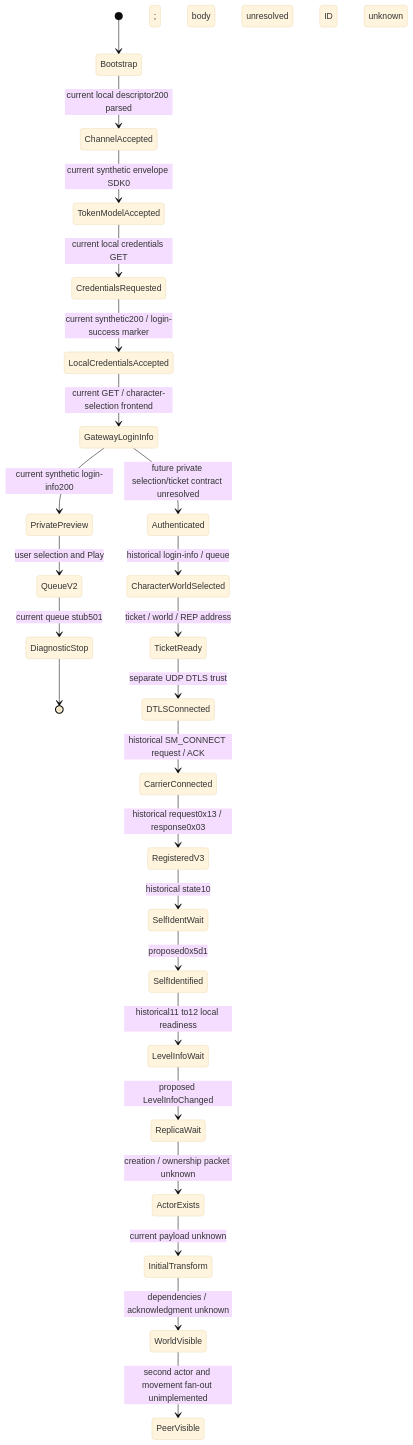
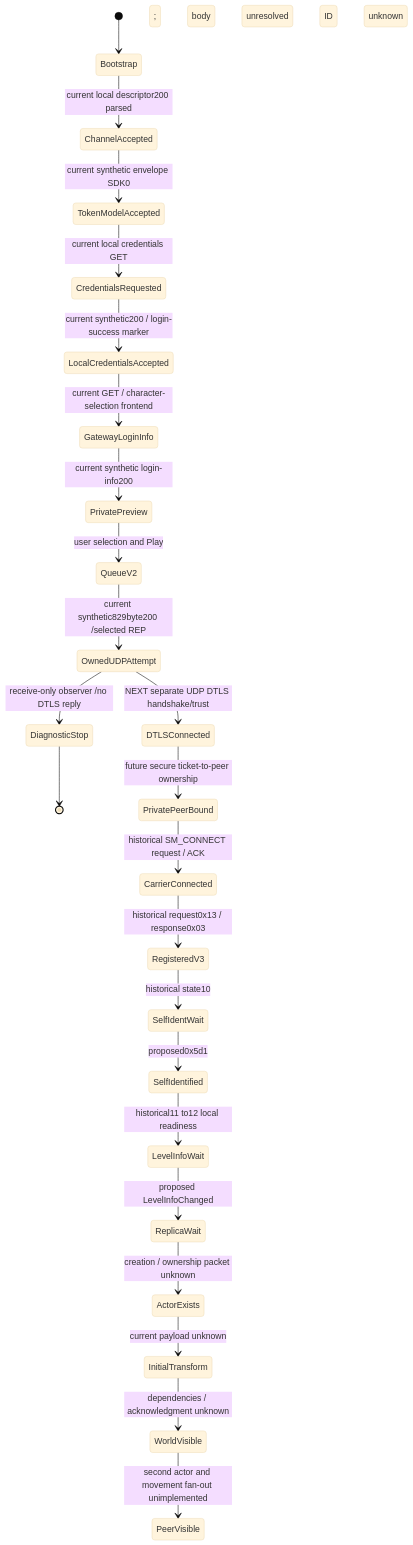
Before and after one commit to AScriver/NewWorldPreservation: the diagram in docs/SPAWN_SEQUENCE.md, drawn with Mermaid (base theme). The commit also changed other lines of this file and 21 other files, not shown here.

Commit message:
Prove current-client private queue-to-DTLS endpoint handoff

````diff
--- a/docs/SPAWN_SEQUENCE.md
+++ b/docs/SPAWN_SEQUENCE.md
@@ -15,27 +15,26 @@
 ```mermaid
 stateDiagram-v2
     [*] --> Bootstrap
     Bootstrap --> ChannelAccepted: current local descriptor200 parsed
     ChannelAccepted --> TokenModelAccepted: current synthetic envelope SDK0
     TokenModelAccepted --> CredentialsRequested: current local credentials GET
     CredentialsRequested --> LocalCredentialsAccepted: current synthetic200 / login-success marker
     LocalCredentialsAccepted --> GatewayLoginInfo: current GET / character-selection frontend
     GatewayLoginInfo --> PrivatePreview: current synthetic login-info200
     PrivatePreview --> QueueV2: user selection and Play
-    QueueV2 --> DiagnosticStop: current queue stub501
+    QueueV2 --> OwnedUDPAttempt: current synthetic829byte200 /selected REP
+    OwnedUDPAttempt --> DiagnosticStop: receive-only observer /no DTLS reply
     DiagnosticStop --> [*]
-    GatewayLoginInfo --> Authenticated: future private selection/ticket contract unresolved
-    Authenticated --> CharacterWorldSelected: historical login-info / queue
-    CharacterWorldSelected --> TicketReady: ticket / world / REP address
-    TicketReady --> DTLSConnected: separate UDP DTLS trust
-    DTLSConnected --> CarrierConnected: historical SM_CONNECT request / ACK
+    OwnedUDPAttempt --> DTLSConnected: NEXT separate UDP DTLS handshake/trust
+    DTLSConnected --> PrivatePeerBound: future secure ticket-to-peer ownership
+    PrivatePeerBound --> CarrierConnected: historical SM_CONNECT request / ACK
     CarrierConnected --> RegisteredV3: historical request0x13 / response0x03
     RegisteredV3 --> SelfIdentWait: historical state10
     SelfIdentWait --> SelfIdentified: proposed0x5d1; body unresolved
     SelfIdentified --> LevelInfoWait: historical11 to12 local readiness
     LevelInfoWait --> ReplicaWait: proposed LevelInfoChanged; ID unknown
     ReplicaWait --> ActorExists: creation / ownership packet unknown
     ActorExists --> InitialTransform: current payload unknown
     InitialTransform --> WorldVisible: dependencies / acknowledgment unknown
     WorldVisible --> PeerVisible: second actor and movement fan-out unimplemented
 ```
````
